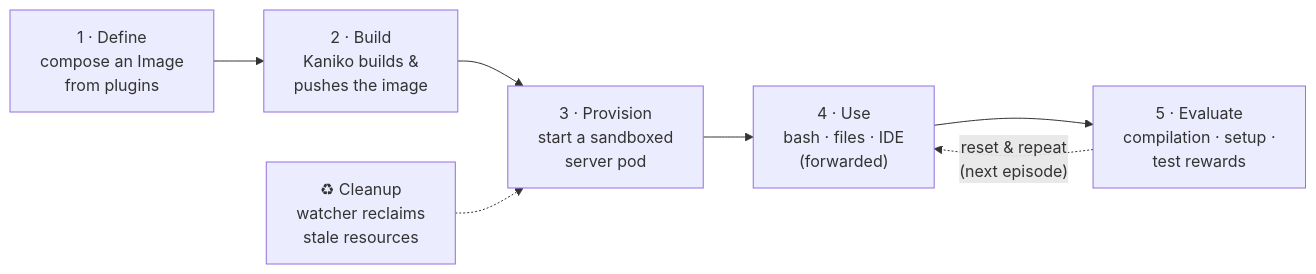
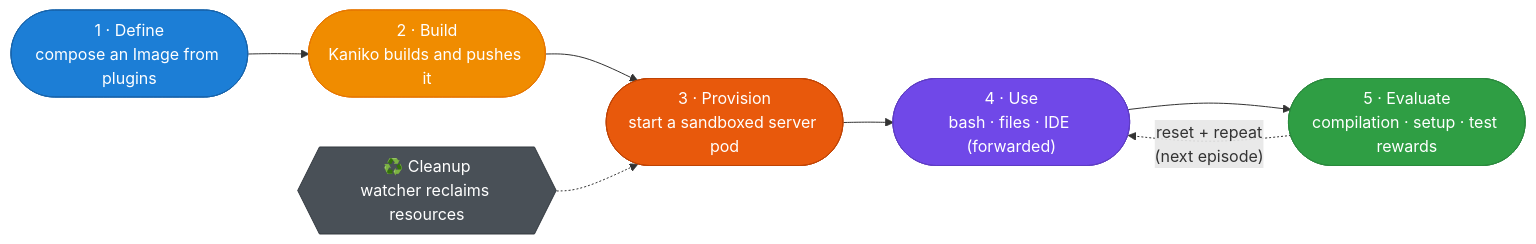
The first of 2 diagrams in website/docs/overview/data-flow.md (JetBrains-Research/idegym), drawn with Mermaid before and after one commit. The commit also changed 10 other files, not shown here.

First line of the commit message:
[JBRes-9938] restyle diagrams: shapes, colors, aligned labels; no dead-click nodes

````diff
--- a/website/docs/overview/data-flow.md
+++ b/website/docs/overview/data-flow.md
@@ -13,19 +13,27 @@
 ```mermaid
 flowchart LR
-    A["1 · Define<br/>compose an Image<br/>from plugins"]
-    B["2 · Build<br/>Kaniko builds &<br/>pushes the image"]
-    C["3 · Provision<br/>start a sandboxed<br/>server pod"]
-    D["4 · Use<br/>bash · files · IDE<br/>(forwarded)"]
-    E["5 · Evaluate<br/>compilation · setup ·<br/>test rewards"]
-    F["♻ Cleanup<br/>watcher reclaims<br/>stale resources"]
+    A(["1 · Define<br/>compose an Image from plugins"]):::s1
+    B(["2 · Build<br/>Kaniko builds and pushes it"]):::s2
+    C(["3 · Provision<br/>start a sandboxed server pod"]):::s3
+    D(["4 · Use<br/>bash · files · IDE (forwarded)"]):::s4
+    E(["5 · Evaluate<br/>compilation · setup · test rewards"]):::s5
+    F{{"♻️ Cleanup<br/>watcher reclaims resources"}}:::s6
 
     A --> B --> C --> D --> E
-    E -.->|"reset & repeat<br/>(next episode)"| D
+    E -.->|"reset + repeat<br/>(next episode)"| D
     F -.-> C
 
+    click A "/idegym/architecture/plugins" "Define an environment with plugins"
     click B "/idegym/architecture/image-builder" "How images are built"
     click C "/idegym/architecture/orchestrator" "How servers are provisioned"
     click D "/idegym/architecture/server" "What runs inside the pod"
-    click E "/idegym/architecture/rewards-tools" "Rewards & tools"
+    click E "/idegym/architecture/rewards-tools" "Rewards and tools"
     click F "/idegym/architecture/watcher" "The watcher"
+
+    classDef s1 fill:#1c7ed6,stroke:#1864ab,color:#fff;
+    classDef s2 fill:#f08c00,stroke:#e67700,color:#fff;
+    classDef s3 fill:#e8590c,stroke:#c04405,color:#fff;
+    classDef s4 fill:#7048e8,stroke:#5f3dc4,color:#fff;
+    classDef s5 fill:#2f9e44,stroke:#2b8a3e,color:#fff;
+    classDef s6 fill:#495057,stroke:#343a40,color:#fff;
 ```
````
